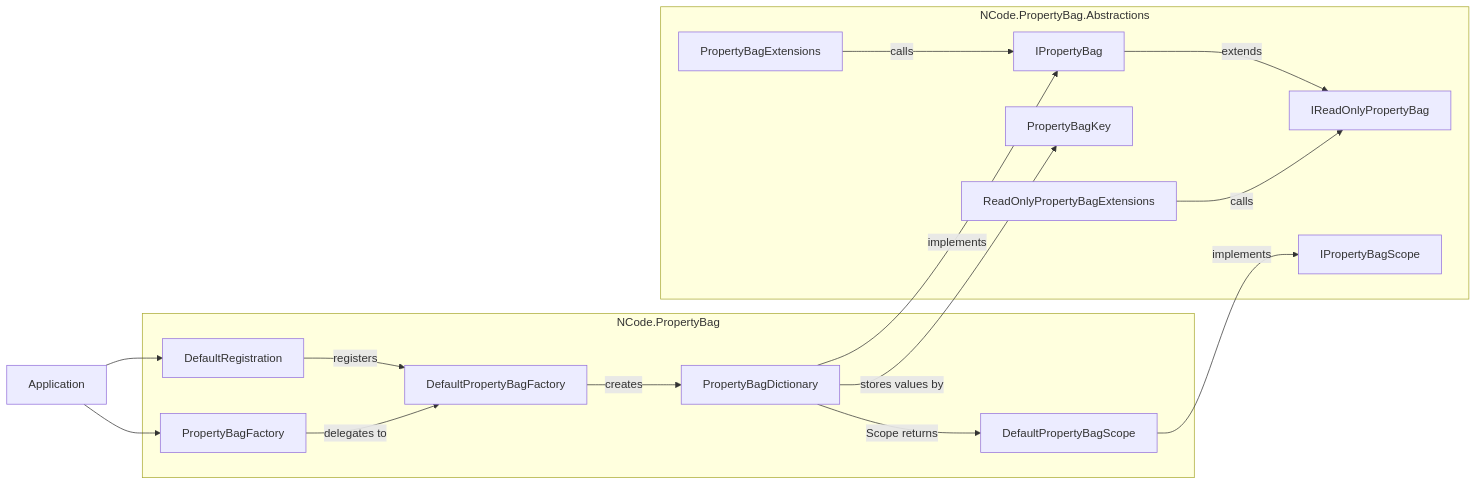
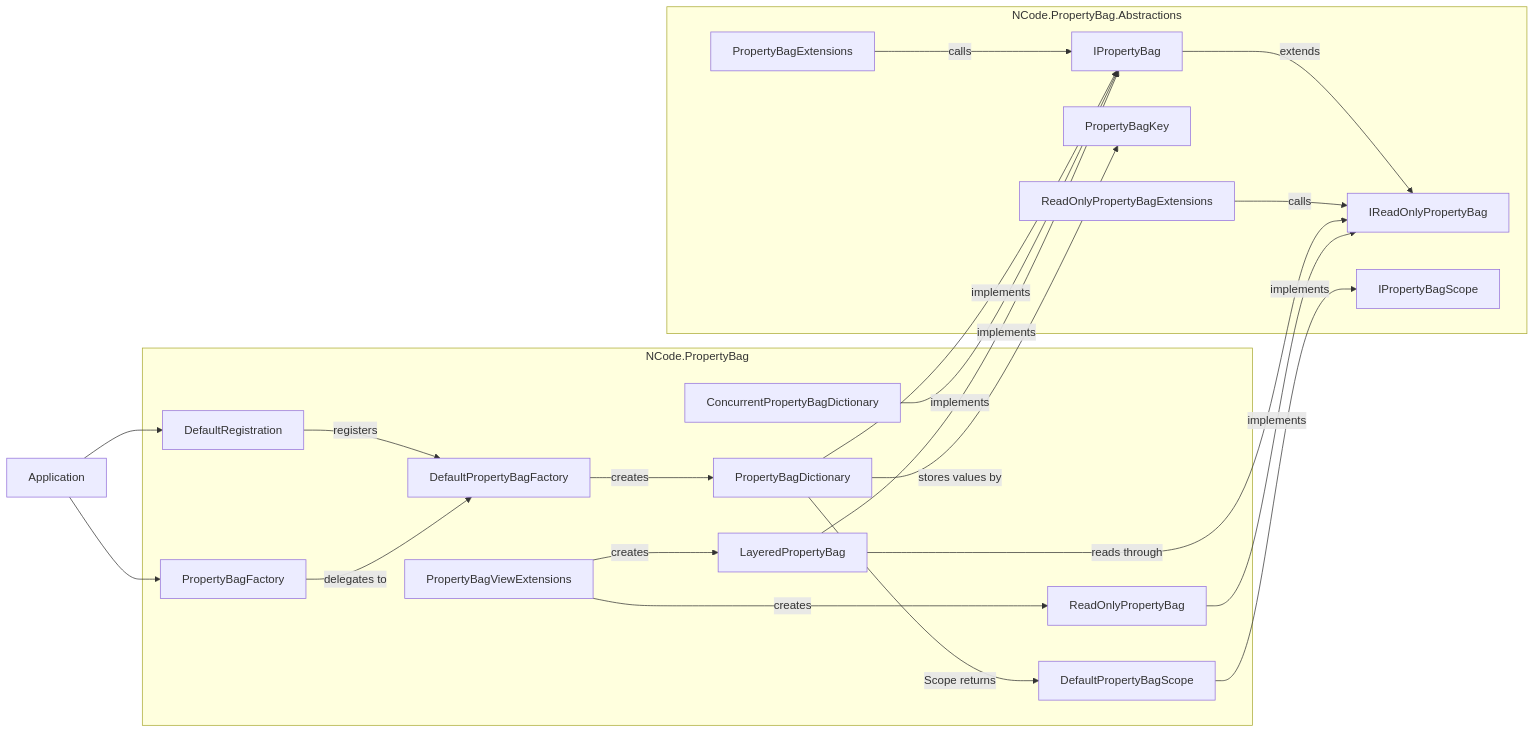
Before and after one commit to NCodeGroup/PropertyBag: the diagram in docs/architecture.md, drawn with Mermaid. The commit also changed other lines of this file and 1 other file, not shown here.

Commit message:
Plan step 12: Describe the new types in the architecture and assurance case

````diff
--- a/docs/architecture.md
+++ b/docs/architecture.md
@@ -14,31 +14,41 @@
 ```mermaid
 flowchart LR
   subgraph abs["NCode.PropertyBag.Abstractions"]
     IRO[IReadOnlyPropertyBag]
     IPB[IPropertyBag]
     IPS[IPropertyBagScope]
     KEY[PropertyBagKey]
     EXT[PropertyBagExtensions]
     REXT[ReadOnlyPropertyBagExtensions]
   end
   subgraph impl["NCode.PropertyBag"]
     REG[DefaultRegistration]
     FAC[PropertyBagFactory]
     DFAC[DefaultPropertyBagFactory]
     BAG[PropertyBagDictionary]
     SCOPE[DefaultPropertyBagScope]
+    CON[ConcurrentPropertyBagDictionary]
+    LAY[LayeredPropertyBag]
+    RO[ReadOnlyPropertyBag]
+    VEXT[PropertyBagViewExtensions]
   end
   APP[Application]
   APP --> REG
   APP --> FAC
   REG -->|registers| DFAC
   FAC -->|delegates to| DFAC
   DFAC -->|creates| BAG
   BAG -->|implements| IPB
   IPB -->|extends| IRO
   BAG -->|Scope returns| SCOPE
   SCOPE -->|implements| IPS
   BAG -->|stores values by| KEY
   EXT -->|calls| IPB
   REXT -->|calls| IRO
+  CON -->|implements| IPB
+  LAY -->|implements| IPB
+  LAY -->|reads through| IRO
+  RO -->|implements| IRO
+  VEXT -->|creates| LAY
+  VEXT -->|creates| RO
 ```
````
